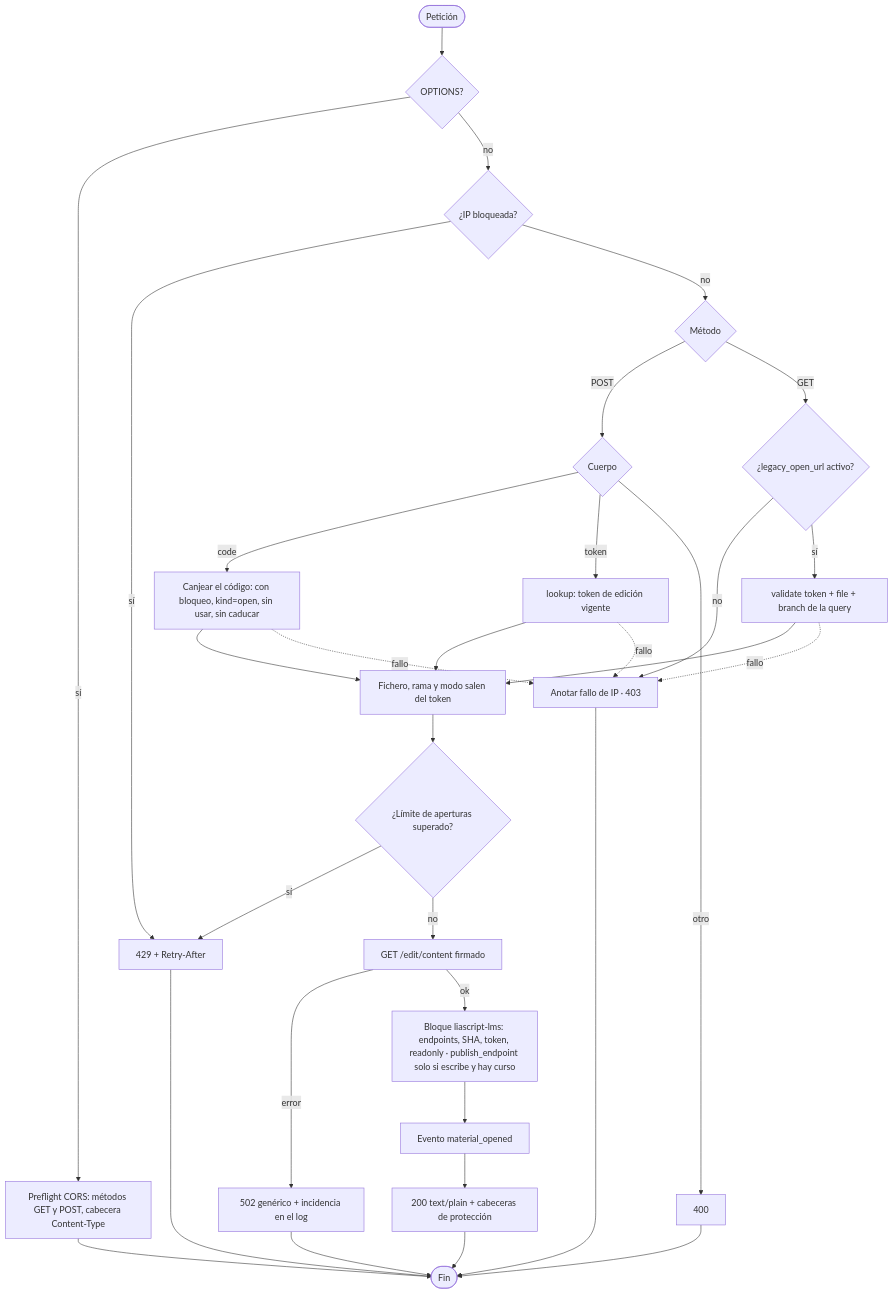
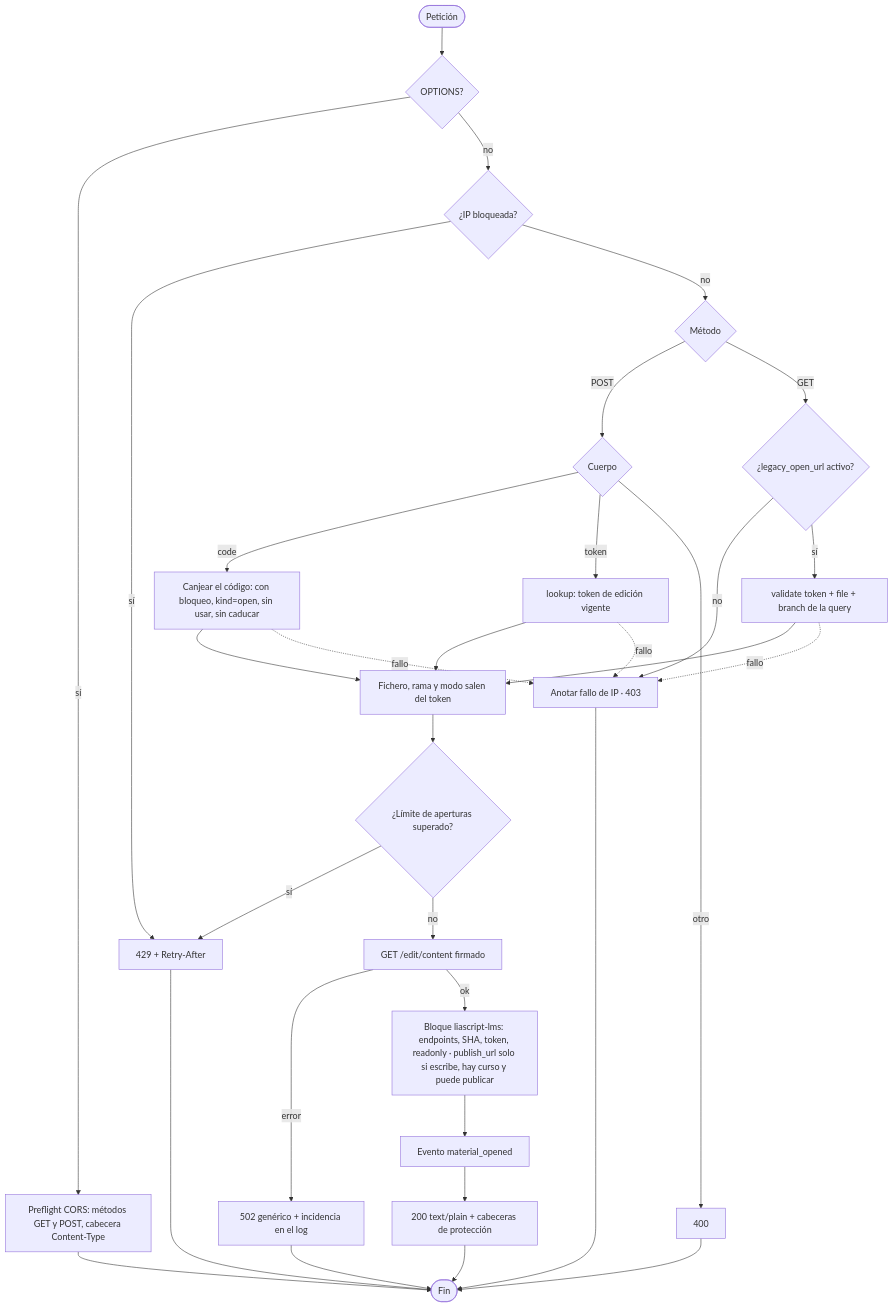
One commit to darioaxel/moodle-liaeditor-git changed diagram 11 of 15 in docs/Seguridad — Evaluación del plugin local_liamateriales.md. Above: the diagram before and after it, drawn with Mermaid. The commit also changed other lines of this file and 13 other files, not shown here.

First line of the commit message:
Publicar solo desde el plugin: retirado publish_api.php (2.8.0)

````diff
--- a/docs/Seguridad — Evaluación del plugin local_liamateriales.md
+++ b/docs/Seguridad — Evaluación del plugin local_liamateriales.md
@@ -475,24 +474,24 @@
 ```mermaid
 flowchart TD
   A([Petición]) --> B{OPTIONS?}
   B -- sí --> B1[Preflight CORS: métodos GET y POST, cabecera Content-Type] --> Z([Fin])
   B -- no --> C{¿IP bloqueada?}
   C -- sí --> C1[429 + Retry-After] --> Z
   C -- no --> D{Método}
   D -- POST --> E{Cuerpo}
   E -- "code" --> F[Canjear el código: con bloqueo, kind=open, sin usar, sin caducar] --> H
   E -- "token" --> G[lookup: token de edición vigente] --> H
   E -- otro --> E1[400] --> Z
   D -- GET --> I{¿legacy_open_url activo?}
   I -- no --> J[Anotar fallo de IP · 403] --> Z
   I -- sí --> K[validate token + file + branch de la query] --> H
   F -. fallo .-> J
   G -. fallo .-> J
   K -. fallo .-> J
   H[Fichero, rama y modo salen del token] --> L{¿Límite de aperturas superado?}
   L -- sí --> C1
   L -- no --> M[GET /edit/content firmado]
   M -- error --> M1[502 genérico + incidencia en el log] --> Z
-  M -- ok --> N["Bloque liascript-lms: endpoints, SHA, token, readonly · publish_endpoint solo si escribe y hay curso"]
+  M -- ok --> N["Bloque liascript-lms: endpoints, SHA, token, readonly · publish_url solo si escribe, hay curso y puede publicar"]
   N --> O[Evento material_opened] --> P[200 text/plain + cabeceras de protección] --> Z
 ```
````
